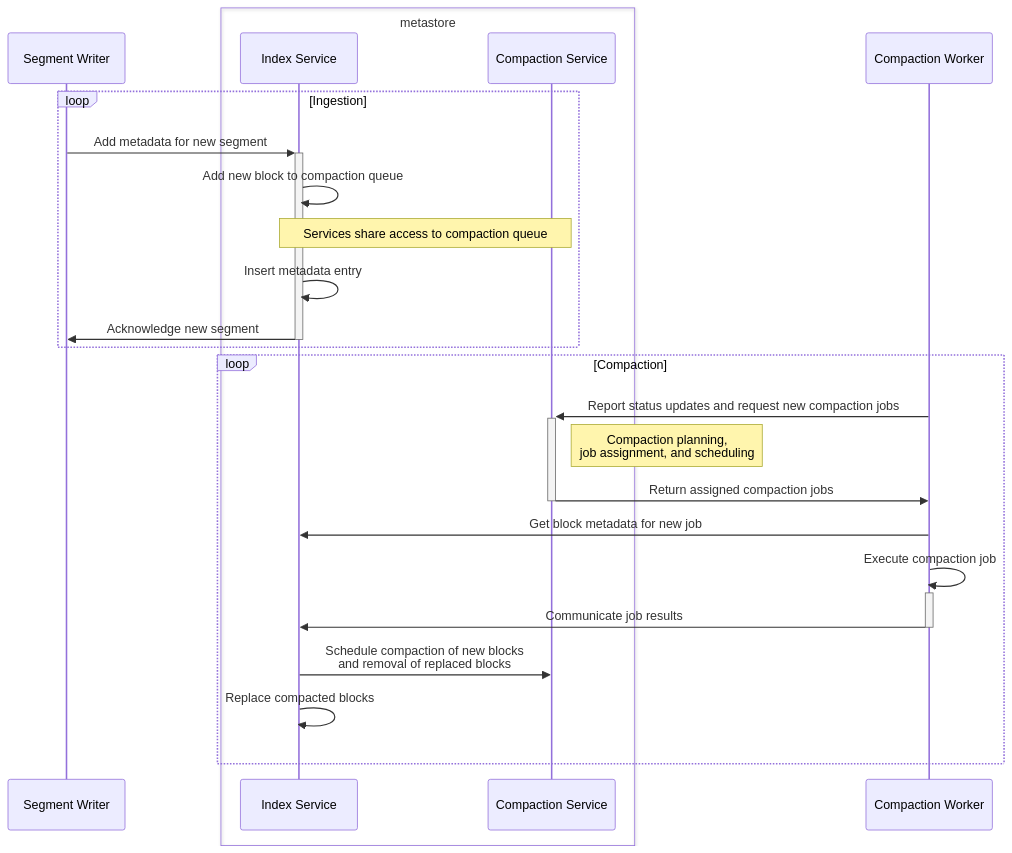
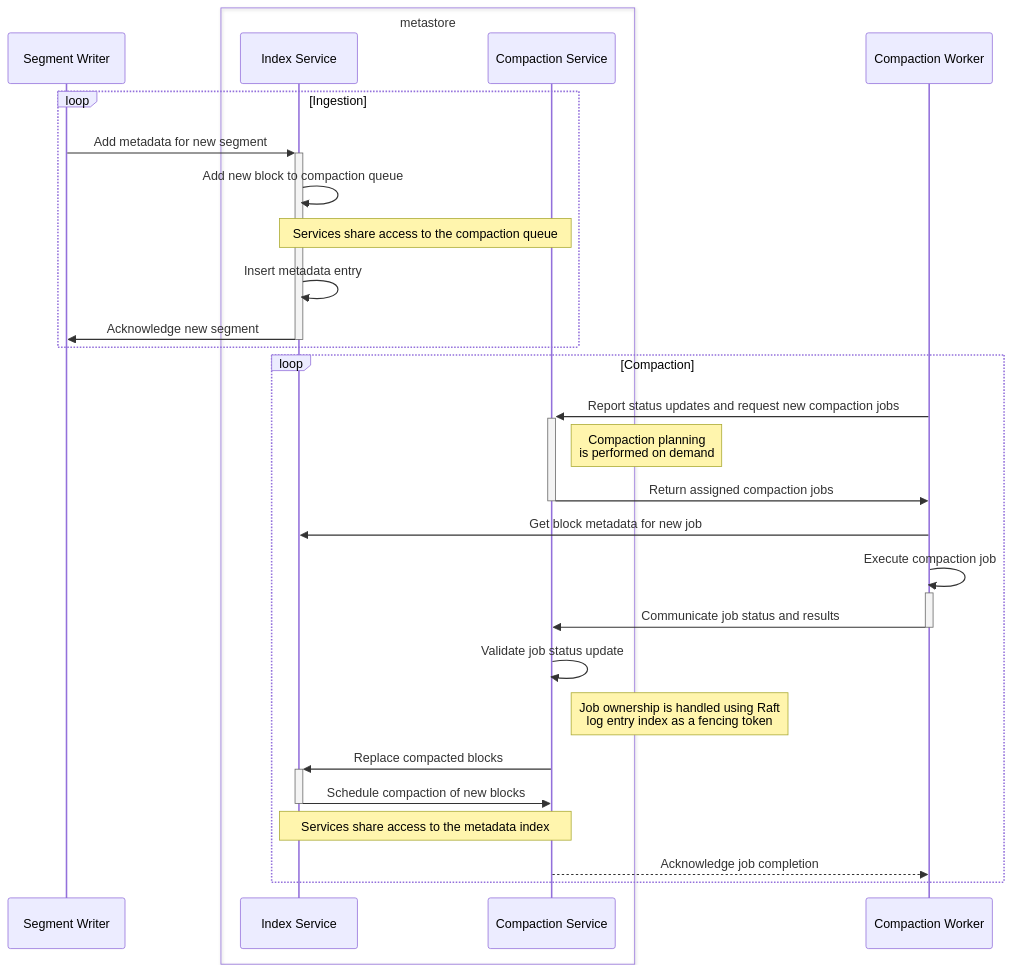
One commit to grafana/pyroscope changed the first of 3 diagrams in pkg/experiment/metastore/compaction/README.md. Above: the diagram before and after it, drawn with Mermaid. The commit also changed 31 other files, not shown here.

````diff
--- a/pkg/experiment/metastore/compaction/README.md
+++ b/pkg/experiment/metastore/compaction/README.md
@@ -7,34 +7,37 @@
 ```mermaid
 sequenceDiagram
     participant SW as Segment Writer
 
     box metastore
         participant IS as Index Service
         participant CS as Compaction Service
     end
 
     participant CW as Compaction Worker
 
     loop Ingestion
         SW ->>+IS: Add metadata for new segment
         IS ->> IS: Add new block to compaction queue
-        Note over IS,CS: Services share access to compaction queue
+        Note over IS,CS: Services share access to the compaction queue
         IS ->> IS: Insert metadata entry
         IS ->>-SW: Acknowledge new segment
     end
 
     loop Compaction
         CW ->>+CS: Report status updates and request new compaction jobs
-        Note right of CS: Compaction planning, <br>job assignment, and scheduling 
+        Note right of CS: Compaction planning<br>is performed on demand 
         CS  ->>-CW: Return assigned compaction jobs
 
         CW ->> IS: Get block metadata for new job
 
         CW ->>+CW: Execute compaction job
-        CW ->>-IS: Communicate job results
-
-        IS ->> CS: Schedule compaction of new blocks<br>and removal of replaced blocks
-        IS ->> IS: Replace compacted blocks
+        CW ->>-CS: Communicate job status and results
+        CS ->> CS: Validate job status update
+        Note right of CS: Job ownership is handled using Raft <br>log entry index as a fencing token
+        CS ->>+IS: Replace compacted blocks
+        IS ->>-CS: Schedule compaction of new blocks
+        Note over IS,CS: Services share access to the metadata index
+        CS -->>CW: Acknowledge job completion
     end
 
 ```
````
